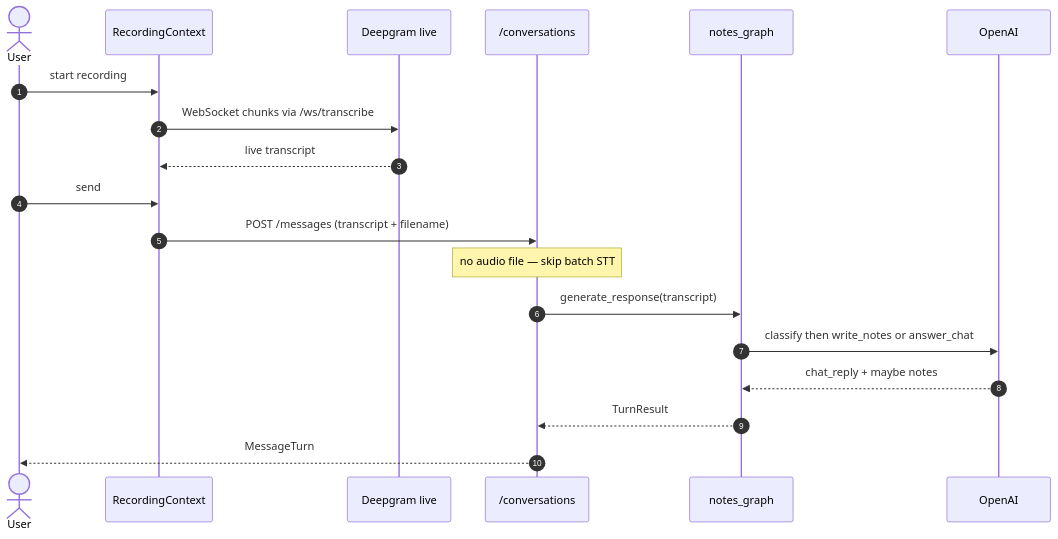
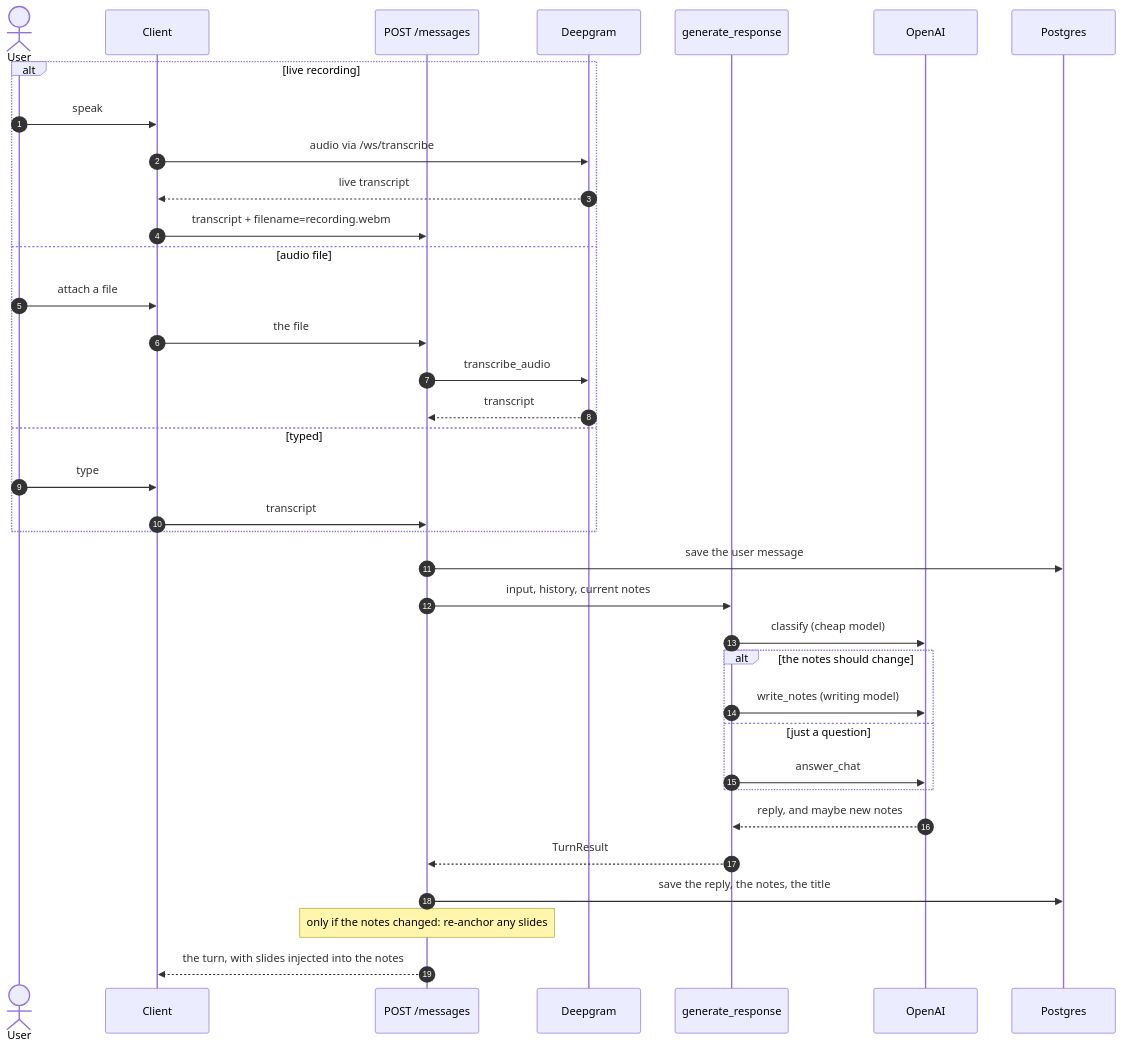
One commit to karlwehbe/Veda changed the third of 3 diagrams in FLOW.md. Above: the diagram before and after it, drawn with Mermaid. The commit also changed other lines of this file and 69 other files, not shown here.

````diff
--- a/FLOW.md
+++ b/FLOW.md
@@ -113,22 +152,39 @@
 ```mermaid
 sequenceDiagram
   autonumber
   actor U as User
-  participant RC as RecordingContext
-  participant DG as Deepgram live
-  participant API as /conversations
-  participant G as notes_graph
+  participant CL as Client
+  participant API as POST /messages
+  participant STT as Deepgram
+  participant G as generate_response
   participant LLM as OpenAI
+  participant DB as Postgres
 
-  U->>RC: start recording
-  RC->>DG: WebSocket chunks via /ws/transcribe
-  DG-->>RC: live transcript
-  U->>RC: send
-  RC->>API: POST /messages (transcript + filename)
-  Note over API: no audio file — skip batch STT
-  API->>G: generate_response(transcript)
-  G->>LLM: classify then write_notes or answer_chat
-  LLM-->>G: chat_reply + maybe notes
+  alt live recording
+    U->>CL: speak
+    CL->>STT: audio via /ws/transcribe
+    STT-->>CL: live transcript
+    CL->>API: transcript + filename=recording.webm
+  else audio file
+    U->>CL: attach a file
+    CL->>API: the file
+    API->>STT: transcribe_audio
+    STT-->>API: transcript
+  else typed
+    U->>CL: type
+    CL->>API: transcript
+  end
+  API->>DB: save the user message
+  API->>G: input, history, current notes
+  G->>LLM: classify (cheap model)
+  alt the notes should change
+    G->>LLM: write_notes (writing model)
+  else just a question
+    G->>LLM: answer_chat
+  end
+  LLM-->>G: reply, and maybe new notes
   G-->>API: TurnResult
-  API-->>U: MessageTurn
+  API->>DB: save the reply, the notes, the title
+  Note over API: only if the notes changed: re-anchor any slides
+  API-->>CL: the turn, with slides injected into the notes
 ```
````
